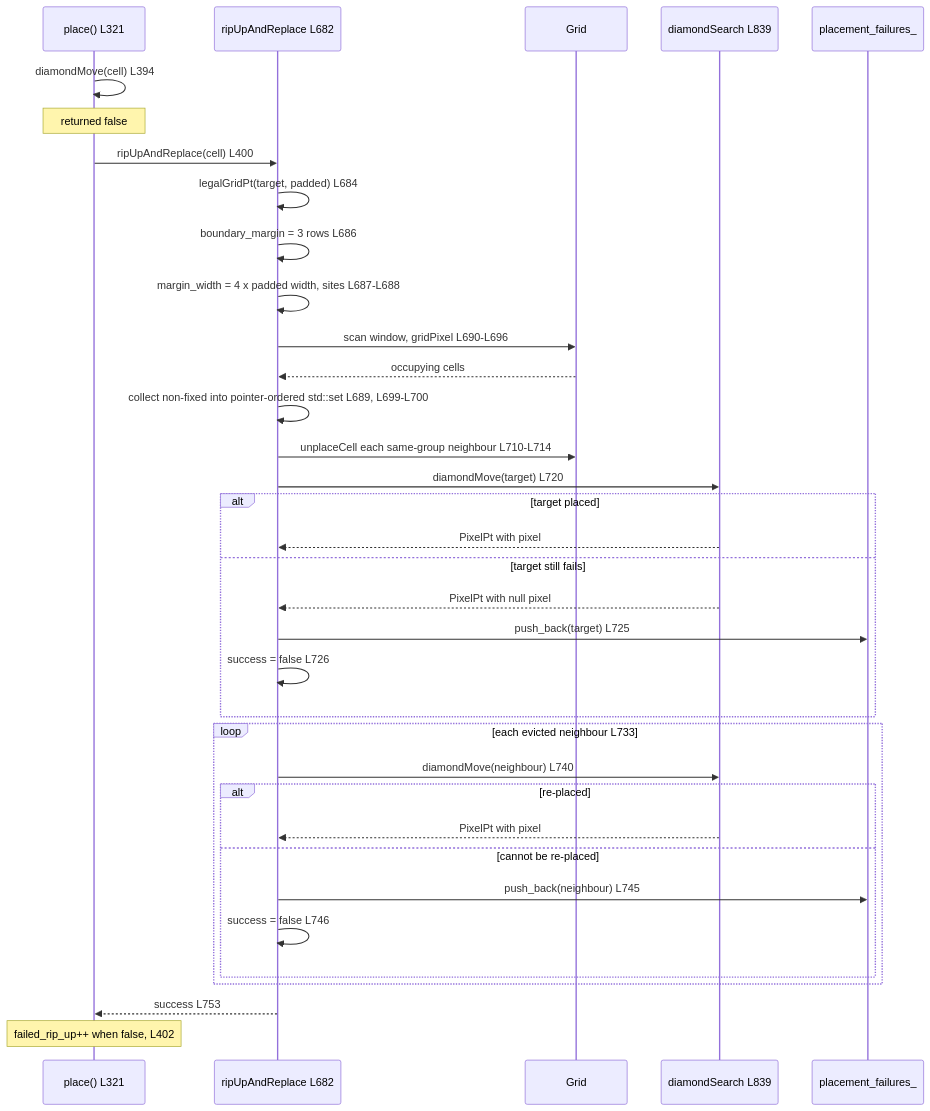
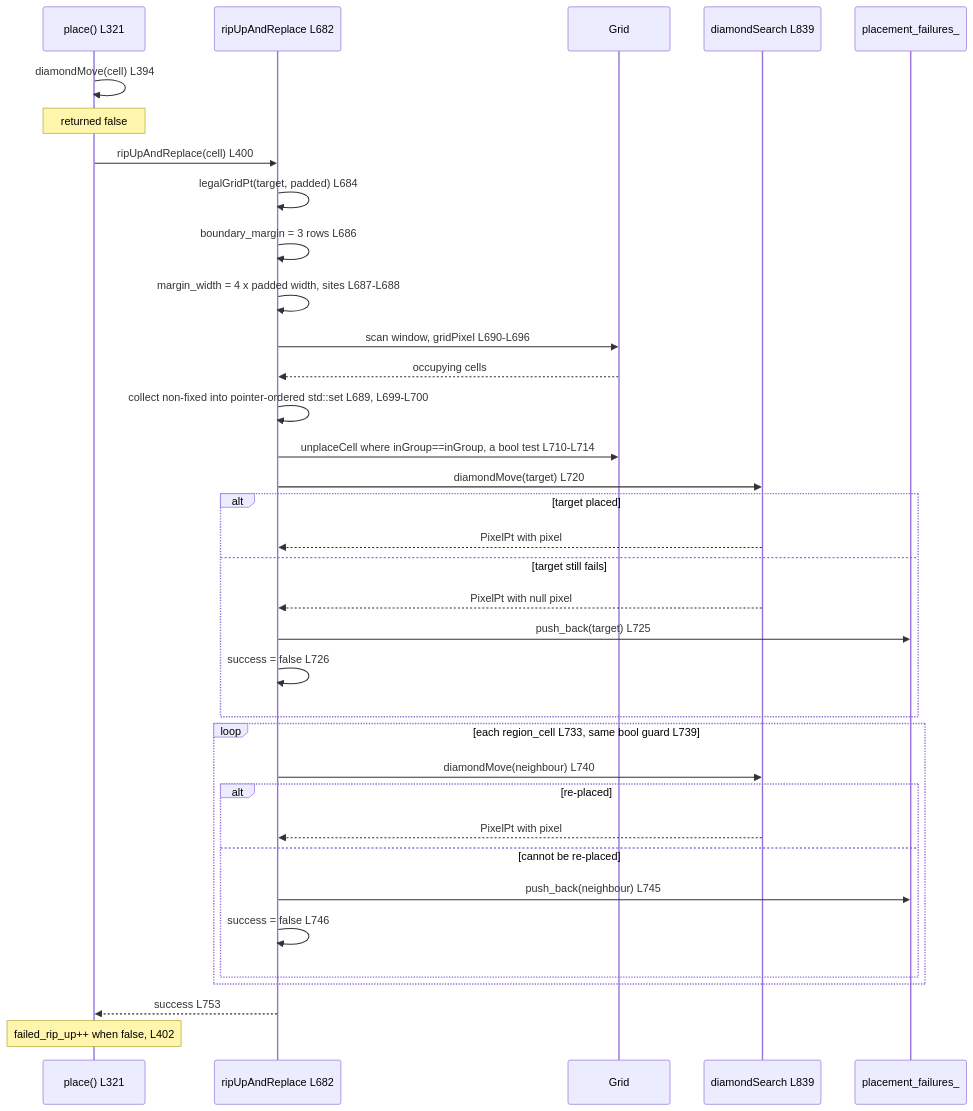
One commit to blitzy-research/OpenROAD changed the sixth of 8 diagrams in src/dpl/doc/LegalizationAlgorithm.md. Above: the diagram before and after it, drawn with Mermaid. The commit also changed other lines of this file and 4 other files, not shown here.

````diff
--- a/src/dpl/doc/LegalizationAlgorithm.md
+++ b/src/dpl/doc/LegalizationAlgorithm.md
@@ -1378,38 +1761,38 @@
 ```mermaid
 sequenceDiagram
     participant P as place() L321
     participant R as ripUpAndReplace L682
     participant G as Grid
     participant S as diamondSearch L839
     participant F as placement_failures_
 
     P->>P: diamondMove(cell) L394
     Note over P: returned false
     P->>R: ripUpAndReplace(cell) L400
     R->>R: legalGridPt(target, padded) L684
     R->>R: boundary_margin = 3 rows L686
     R->>R: margin_width = 4 x padded width, sites L687-L688
     R->>G: scan window, gridPixel L690-L696
     G-->>R: occupying cells
     R->>R: collect non-fixed into pointer-ordered std::set L689, L699-L700
-    R->>G: unplaceCell each same-group neighbour L710-L714
+    R->>G: unplaceCell where inGroup==inGroup, a bool test L710-L714
     R->>S: diamondMove(target) L720
     alt target placed
         S-->>R: PixelPt with pixel
     else target still fails
         S-->>R: PixelPt with null pixel
         R->>F: push_back(target) L725
         R->>R: success = false L726
     end
-    loop each evicted neighbour L733
+    loop each region_cell L733, same bool guard L739
         R->>S: diamondMove(neighbour) L740
         alt re-placed
             S-->>R: PixelPt with pixel
         else cannot be re-placed
             R->>F: push_back(neighbour) L745
             R->>R: success = false L746
         end
     end
     R-->>P: success L753
     Note over P: failed_rip_up++ when false, L402
 ```
````
